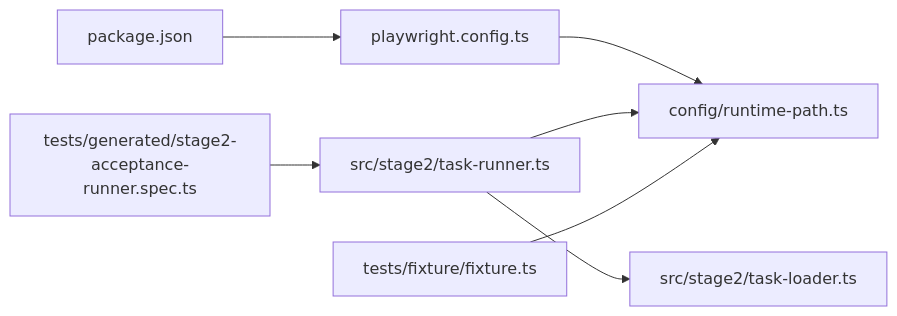
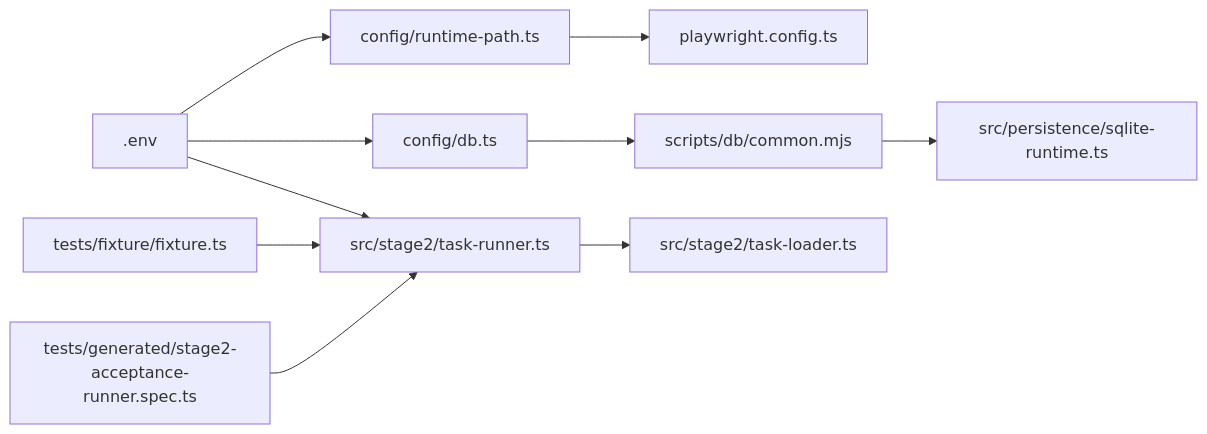
Before and after one commit to Jiane-EJ/playwright-mind: the sixth of 6 diagrams in .qoder/repowiki/zh/content/快速开始.md, drawn with Mermaid. The commit also changed other lines of this file and 121 other files, not shown here.

````diff
--- a/.qoder/repowiki/zh/content/快速开始.md
+++ b/.qoder/repowiki/zh/content/快速开始.md
@@ -262,9 +251,12 @@
 ```mermaid
 graph LR
-P["package.json"] --> W["playwright.config.ts"]
-W --> R["config/runtime-path.ts"]
-S["tests/generated/stage2-acceptance-runner.spec.ts"] --> T["src/stage2/task-runner.ts"]
-T --> L["src/stage2/task-loader.ts"]
-T --> R
-F["tests/fixture/fixture.ts"] --> R
+Env[".env"] --> RT["config/runtime-path.ts"]
+Env --> DBcfg["config/db.ts"]
+RT --> PWcfg["playwright.config.ts"]
+DBcfg --> DBscript["scripts/db/common.mjs"]
+DBscript --> DBrun["src/persistence/sqlite-runtime.ts"]
+Env --> TR["src/stage2/task-runner.ts"]
+TR --> Tload["src/stage2/task-loader.ts"]
+Fix["tests/fixture/fixture.ts"] --> TR
+Spec["tests/generated/stage2-acceptance-runner.spec.ts"] --> TR
 ```
````
